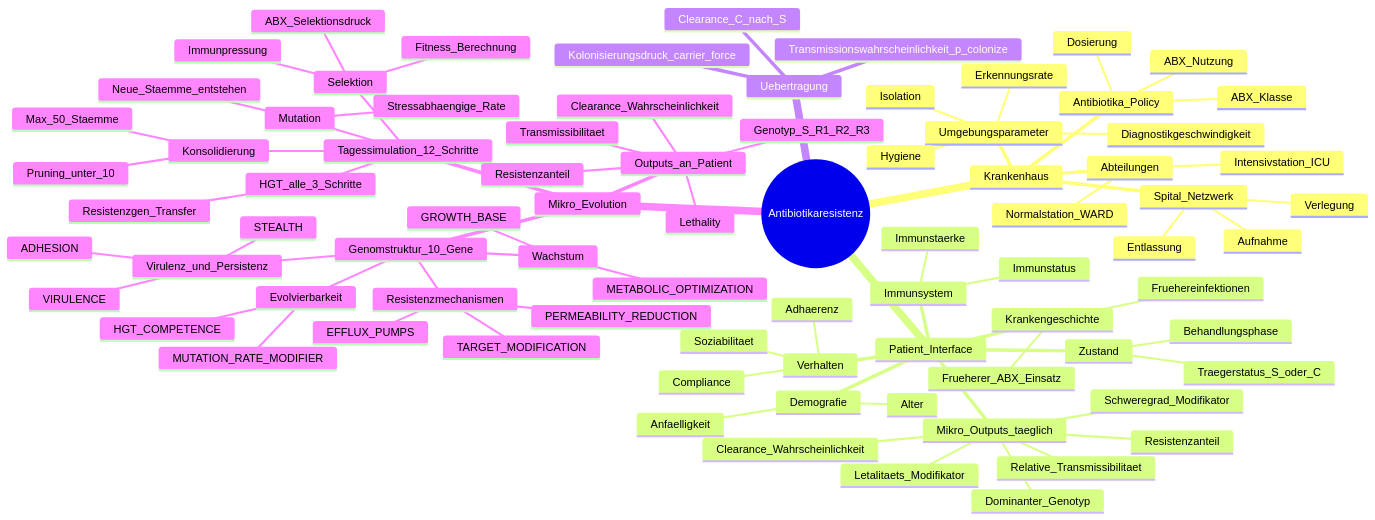
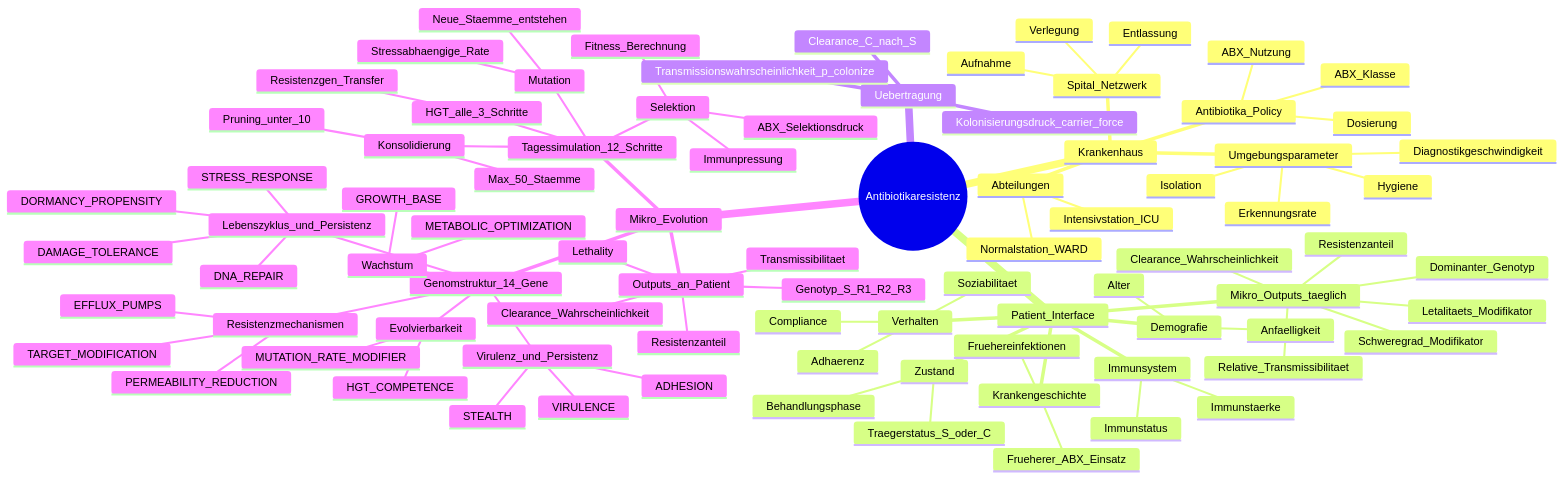
The diagram in System_Overview/Pruned_MindMap.mmd (HorusXIV/mssantibiotikaresistenz), drawn with Mermaid before and after one commit. The commit also changed 5 other files, not shown here.

```diff
--- a/System_Overview/Pruned_MindMap.mmd
+++ b/System_Overview/Pruned_MindMap.mmd
@@ -1,82 +1,87 @@
 mindmap
   root((Antibiotikaresistenz))
     Krankenhaus
       Spital_Netzwerk
         Aufnahme
         Entlassung
         Verlegung
       Abteilungen
         Normalstation_WARD
         Intensivstation_ICU
       Umgebungsparameter
         Hygiene
         Isolation
         Erkennungsrate
         Diagnostikgeschwindigkeit
       Antibiotika_Policy
         ABX_Nutzung
         ABX_Klasse
         Dosierung
     Patient_Interface
       Demografie
         Alter
         Anfaelligkeit
       Immunsystem
         Immunstaerke
         Immunstatus
       Verhalten
         Compliance
         Adhaerenz
         Soziabilitaet
       Krankengeschichte
         Frueherer_ABX_Einsatz
         Fruehereinfektionen
       Zustand
         Traegerstatus_S_oder_C
         Behandlungsphase
       Mikro_Outputs_taeglich
         Resistenzanteil
         Dominanter_Genotyp
         Relative_Transmissibilitaet
         Clearance_Wahrscheinlichkeit
         Schweregrad_Modifikator
         Letalitaets_Modifikator
     Uebertragung
       Kolonisierungsdruck_carrier_force
       Transmissionswahrscheinlichkeit_p_colonize
       Clearance_C_nach_S
     Mikro_Evolution
-      Genomstruktur_10_Gene
+      Genomstruktur_14_Gene
         Wachstum
           GROWTH_BASE
           METABOLIC_OPTIMIZATION
         Resistenzmechanismen
           EFFLUX_PUMPS
           TARGET_MODIFICATION
           PERMEABILITY_REDUCTION
         Virulenz_und_Persistenz
           VIRULENCE
           STEALTH
           ADHESION
         Evolvierbarkeit
           MUTATION_RATE_MODIFIER
           HGT_COMPETENCE
+        Lebenszyklus_und_Persistenz
+          DNA_REPAIR
+          DORMANCY_PROPENSITY
+          STRESS_RESPONSE
+          DAMAGE_TOLERANCE
       Tagessimulation_12_Schritte
         Selektion
           Fitness_Berechnung
           ABX_Selektionsdruck
           Immunpressung
         Mutation
           Stressabhaengige_Rate
           Neue_Staemme_entstehen
         HGT_alle_3_Schritte
           Resistenzgen_Transfer
         Konsolidierung
           Pruning_unter_10
           Max_50_Staemme
       Outputs_an_Patient
         Resistenzanteil
         Genotyp_S_R1_R2_R3
         Transmissibilitaet
         Lethality
         Clearance_Wahrscheinlichkeit
```
